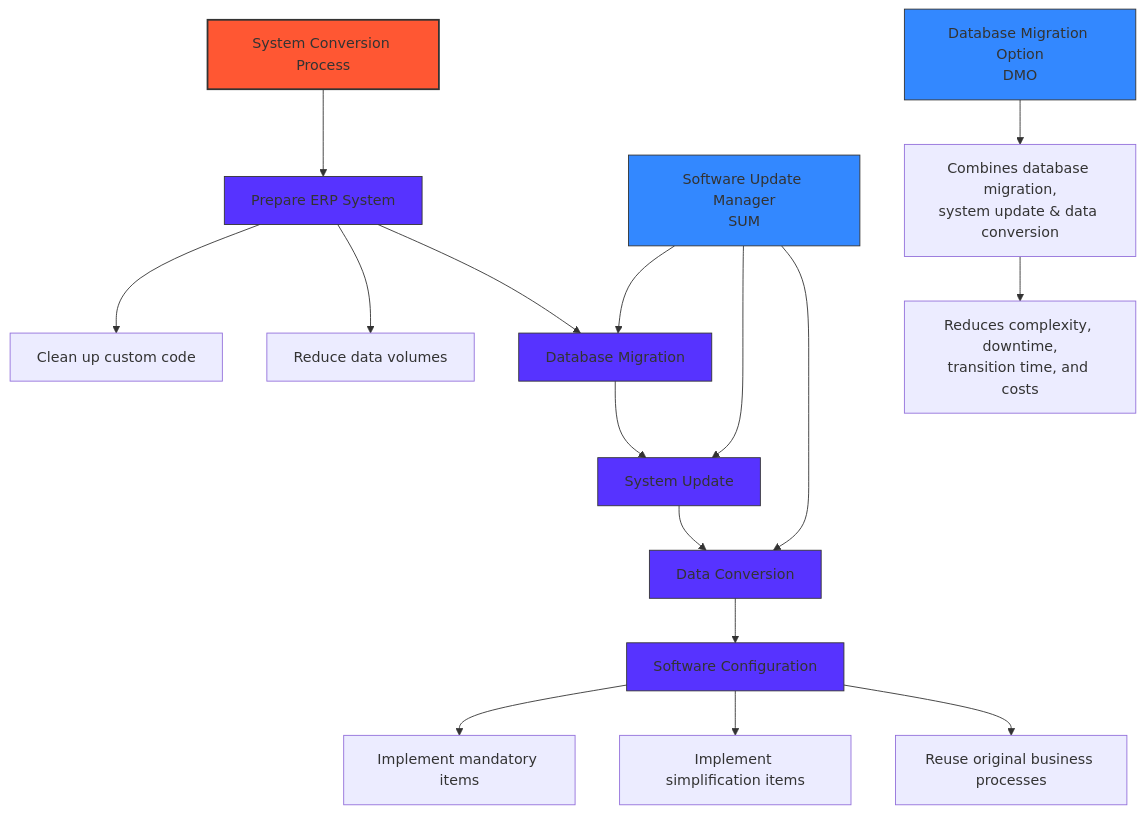
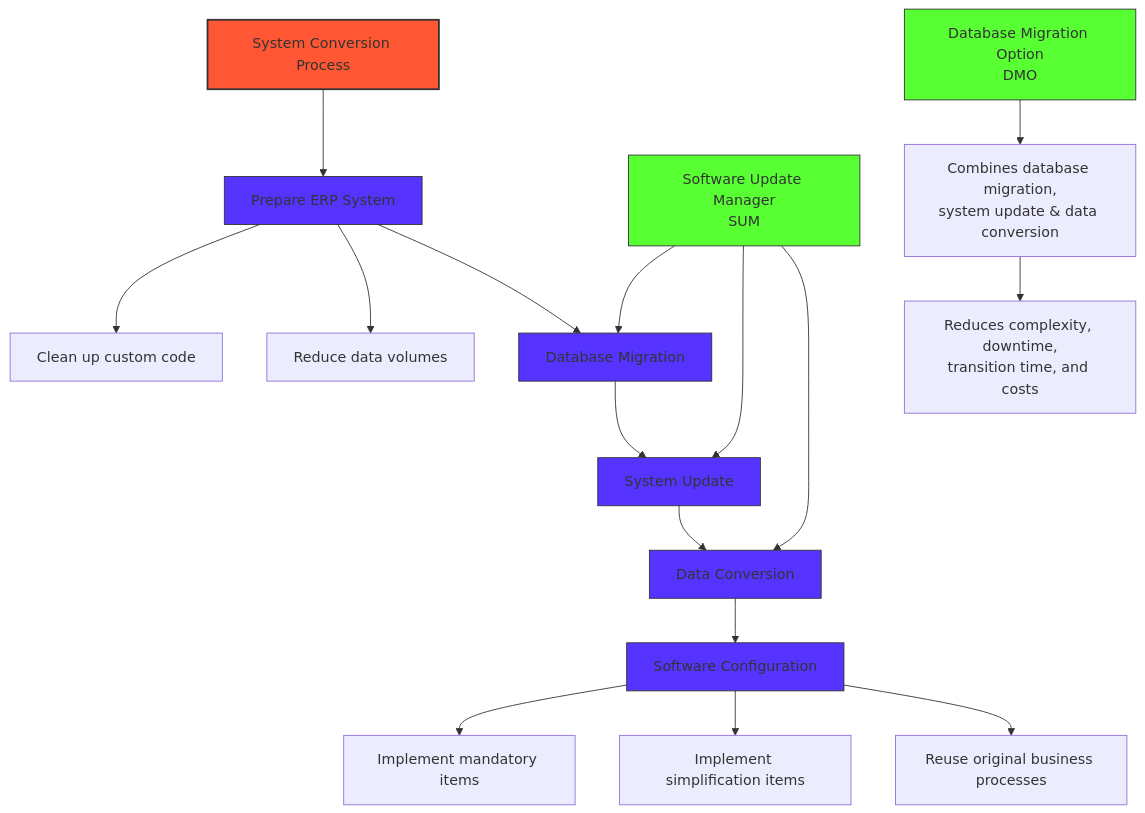
The diagram in conversion.md (sapflashcards/S4CPE), drawn with Mermaid before and after one commit.

````diff
--- a/conversion.md
+++ b/conversion.md
@@ -1,29 +1,29 @@
 ```mermaid
 graph TD
     A[System Conversion Process] --> B[Prepare ERP System]
     B --> B1[Clean up custom code]
     B --> B2[Reduce data volumes]
     B --> C[Database Migration]
     C --> D[System Update]
     D --> E[Data Conversion]
     E --> F[Software Configuration]
     F --> F1[Implement mandatory items]
     F --> F2[Implement simplification items]
     F --> F3[Reuse original business processes]
     
     G[Software Update Manager\nSUM] --> C
     G --> D
     G --> E
     
     H[Database Migration Option\nDMO] --> H1[Combines database migration,\nsystem update & data conversion]
     H1 --> H2[Reduces complexity, downtime,\ntransition time, and costs]
     
     style A fill:#FF5733,stroke:#333,stroke-width:2px
     style B fill:#5733FF,stroke:#333
     style C fill:#5733FF,stroke:#333
     style D fill:#5733FF,stroke:#333
     style E fill:#5733FF,stroke:#333
     style F fill:#5733FF,stroke:#333
-    style G fill:#3388FF,stroke:#333
-    style H fill:#3388FF,stroke:#333
+    style G fill:#57FF33,stroke:#333
+    style H fill:#57FF33,stroke:#333
 ```
````
